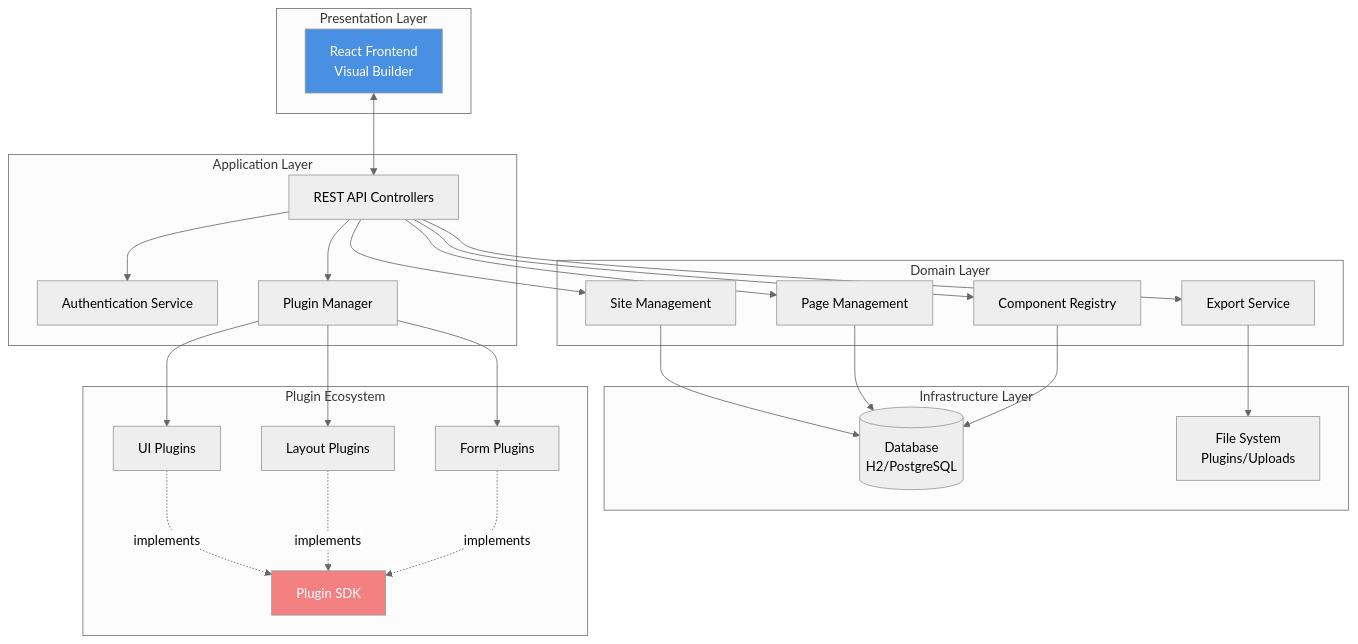
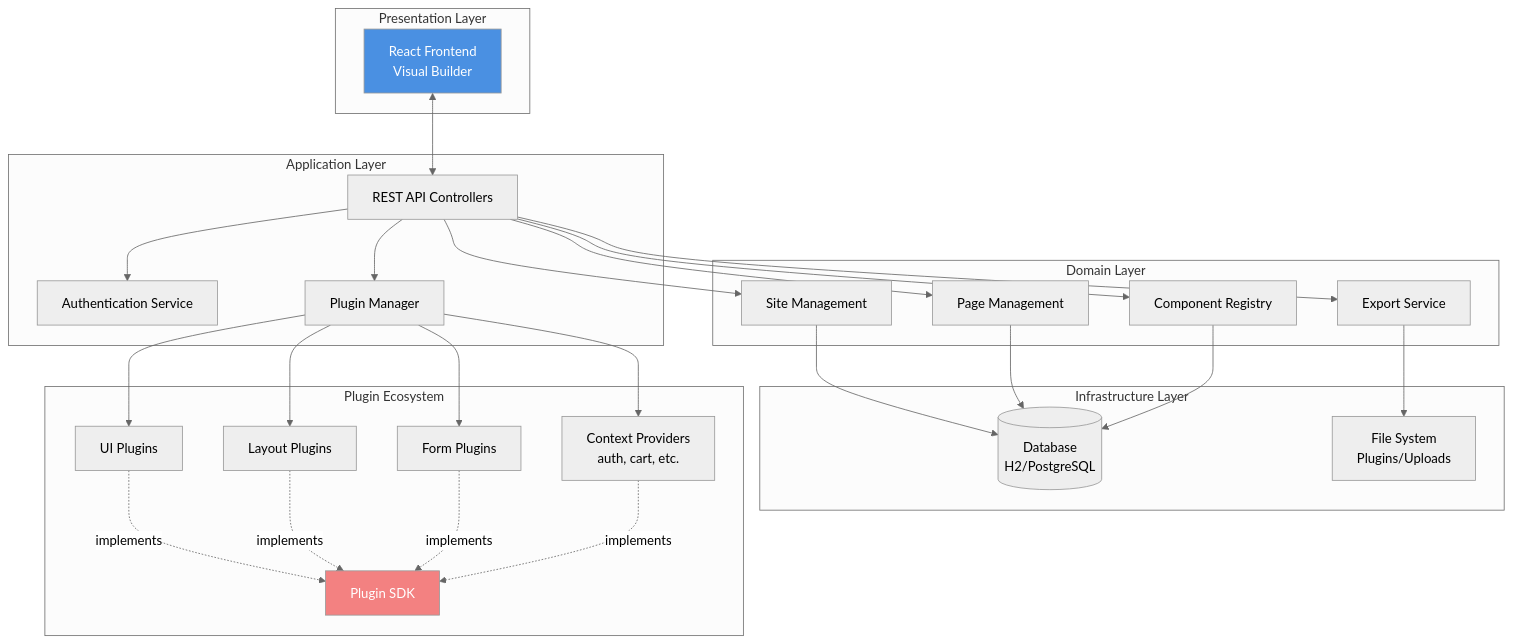
One commit to Visual-Site-Designer-VSD/visual-site-designer changed the first of 4 diagrams in docs/architecture/arc42/04-solution-strategy.md. Above: the diagram before and after it, drawn with Mermaid (neutral theme). The commit also changed other lines of this file and 7 other files, not shown here.

First line of the commit message:
docs: add Context Provider Plugin architecture to arc42 documentation

````diff
--- a/docs/architecture/arc42/04-solution-strategy.md
+++ b/docs/architecture/arc42/04-solution-strategy.md
@@ -48,54 +49,57 @@
 ```mermaid
 graph TB
     subgraph "Presentation Layer"
         UI[React Frontend<br/>Visual Builder]
     end
 
     subgraph "Application Layer"
         API[REST API Controllers]
         AUTH[Authentication Service]
         PLUGIN_MGR[Plugin Manager]
     end
 
     subgraph "Domain Layer"
         SITE[Site Management]
         PAGE[Page Management]
         COMP[Component Registry]
         EXPORT[Export Service]
     end
 
     subgraph "Infrastructure Layer"
         DB[(Database<br/>H2/PostgreSQL)]
         FS[File System<br/>Plugins/Uploads]
     end
 
     subgraph "Plugin Ecosystem"
         P1[UI Plugins]
         P2[Layout Plugins]
         P3[Form Plugins]
+        P4[Context Providers<br/>auth, cart, etc.]
         SDK[Plugin SDK]
     end
 
     UI <--> API
     API --> AUTH
     API --> PLUGIN_MGR
     API --> SITE
     API --> PAGE
     API --> COMP
     API --> EXPORT
 
     SITE --> DB
     PAGE --> DB
     COMP --> DB
     EXPORT --> FS
 
     PLUGIN_MGR --> P1
     PLUGIN_MGR --> P2
     PLUGIN_MGR --> P3
+    PLUGIN_MGR --> P4
     P1 -.implements.-> SDK
     P2 -.implements.-> SDK
     P3 -.implements.-> SDK
+    P4 -.implements.-> SDK
 
     style UI fill:#4a90e2,color:#fff
     style SDK fill:#f38181,color:#fff
 ```
````
